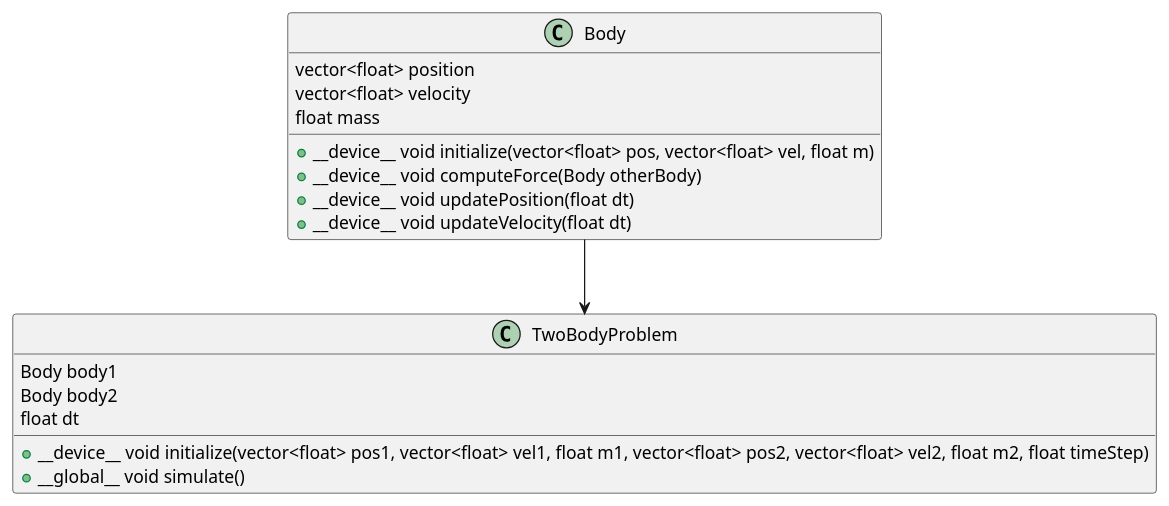
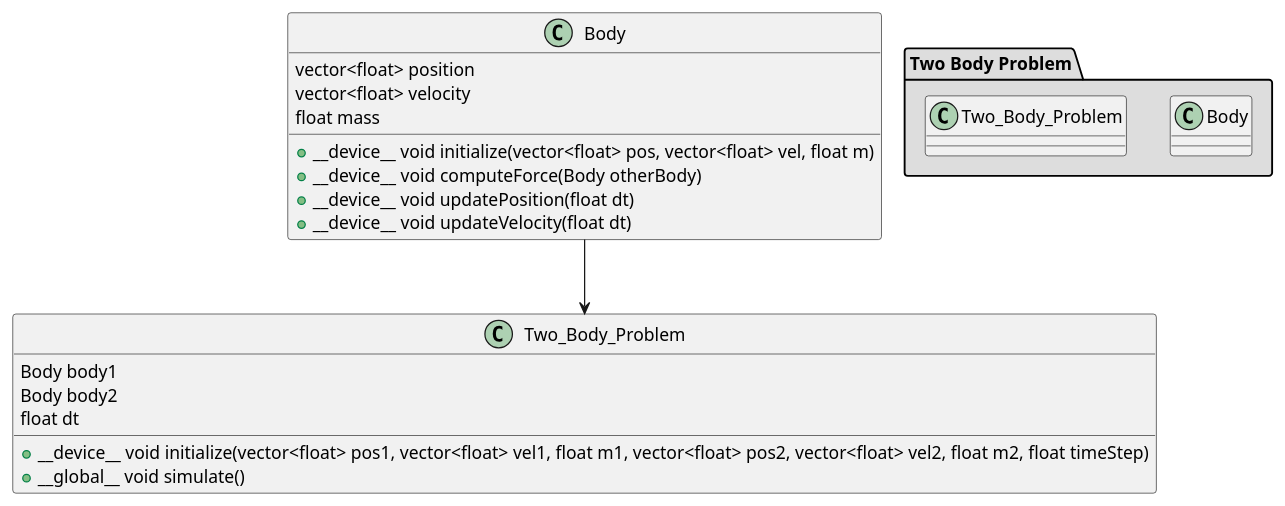
Before and after one commit to F-Sossi/Two_body_project: the diagram in Project outline/Two_body.puml, drawn with PlantUML. The commit also changed 3 other files, not shown here.

Commit message:
updated report, and UML diagrams

```diff
--- a/Project outline/Two_body.puml
+++ b/Project outline/Two_body.puml
@@ -1,25 +1,28 @@
-@startuml
-
+@startuml Two Body Problem
+package "Two Body Problem" #DDDDDD {
+  class Body
+  class Two_Body_Problem
+}
 class Body {
   vector<float> position
   vector<float> velocity
   float mass
 
   +__device__ void initialize(vector<float> pos, vector<float> vel, float m)
   +__device__ void computeForce(Body otherBody)
   +__device__ void updatePosition(float dt)
   +__device__ void updateVelocity(float dt)
 }
 
-class TwoBodyProblem {
+class Two_Body_Problem {
   Body body1
   Body body2
   float dt
 
   +__device__ void initialize(vector<float> pos1, vector<float> vel1, float m1, vector<float> pos2, vector<float> vel2, float m2, float timeStep)
   +__global__ void simulate()
 }
 
-Body --> TwoBodyProblem
+Body --> Two_Body_Problem
 
 @enduml
```
